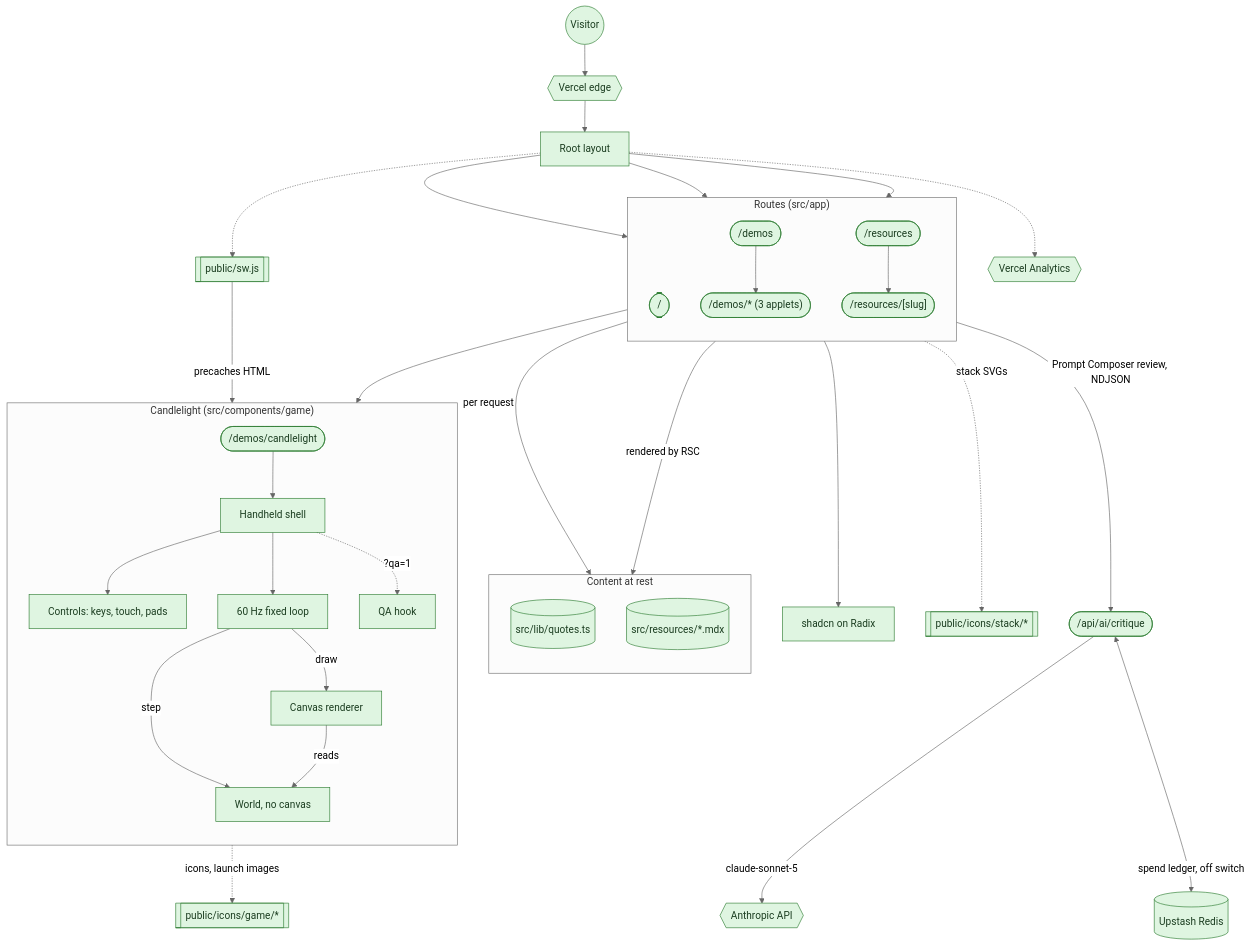
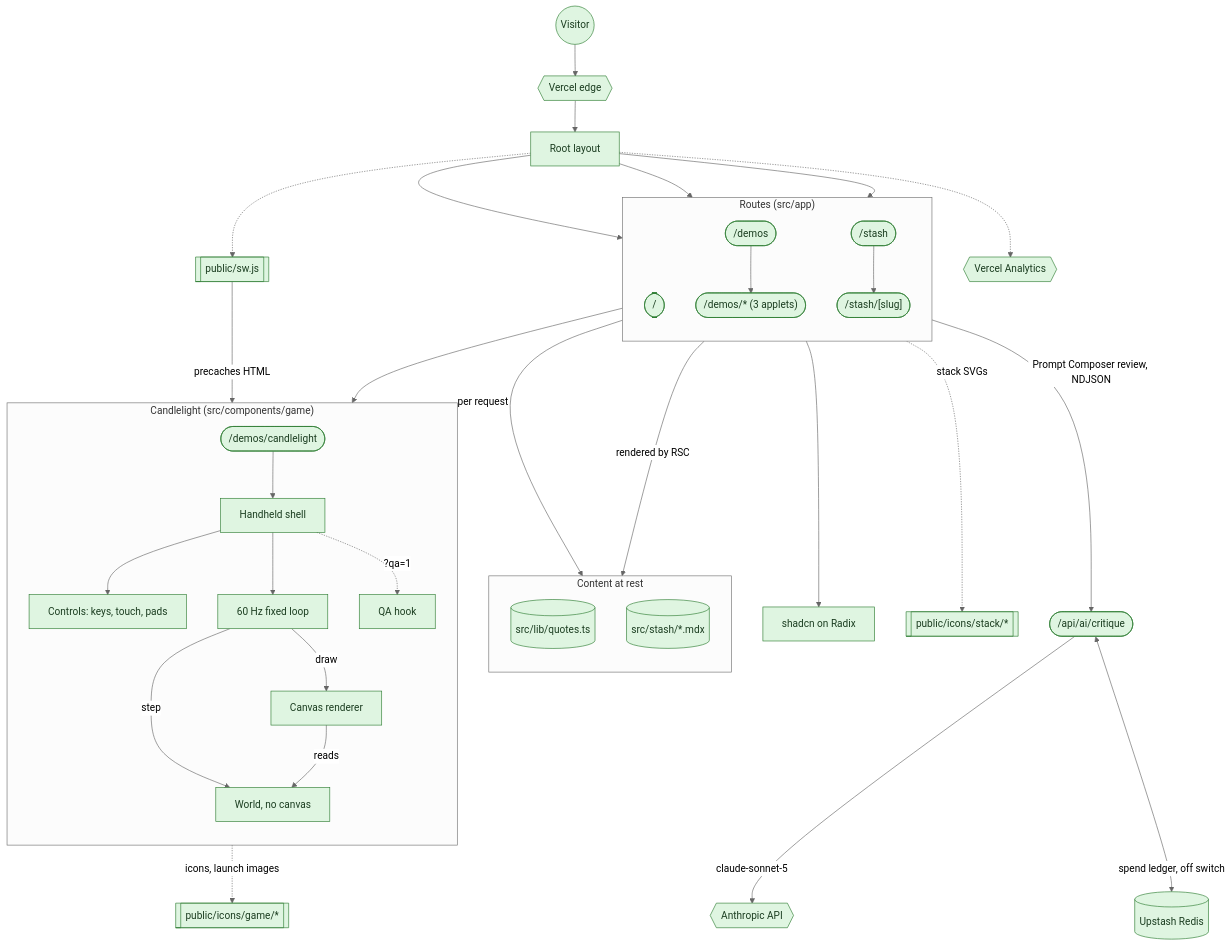
Before and after one commit to cooperability/cooperability.com: the first of 2 diagrams in README.md, drawn with Mermaid (neutral theme). The commit also changed other lines of this file and 70 other files, not shown here.

First line of the commit message:
feat(nav): rename Resources to Stash, icon page selector, sticky header, swipe (#359)

````diff
--- a/README.md
+++ b/README.md
@@ -15,70 +15,70 @@
 ```mermaid
 flowchart TB
   classDef built fill:#dff5e1,stroke:#2e7d32,color:#1b3d20
   classDef planned fill:#f2f2f2,stroke:#9e9e9e,color:#3d3d3d,stroke-dasharray:4 3
 
   visitor((Visitor)):::built
   edge{{"Vercel edge"}}:::built
   layout["Root layout"]:::built
 
   subgraph routes ["Routes (src/app)"]
     direction TB
     home(["/"]):::built
     demos(["/demos"]):::built
     applets(["/demos/* (3 applets)"]):::built
-    reslist(["/resources"]):::built
-    resdoc(["/resources/[slug]"]):::built
+    stashlist(["/stash"]):::built
+    stashdoc(["/stash/[slug]"]):::built
   end
 
   subgraph content ["Content at rest"]
     direction TB
     quotes[("src/lib/quotes.ts")]:::built
-    mdx[("src/resources/*.mdx")]:::built
+    mdx[("src/stash/*.mdx")]:::built
   end
 
   subgraph candle ["Candlelight (src/components/game)"]
     direction TB
     game(["/demos/candlelight"]):::built
     shell["Handheld shell"]:::built
     controls["Controls: keys, touch, pads"]:::built
     loop["60 Hz fixed loop"]:::built
     world["World, no canvas"]:::built
     renderer["Canvas renderer"]:::built
     qa["QA hook"]:::built
   end
   gameart[["public/icons/game/*"]]:::built
 
   ui["shadcn on Radix"]:::built
   sw[["public/sw.js"]]:::built
   icons[["public/icons/stack/*"]]:::built
   vitals{{"Vercel Analytics"}}:::built
   ai(["/api/ai/critique"]):::built
   anthropic{{"Anthropic API"}}:::built
   kv[("Upstash Redis")]:::built
 
   visitor --> edge --> layout
   layout --> home
   layout --> demos
-  layout --> reslist
+  layout --> stashlist
   demos --> applets
   demos --> game
   game --> shell
   shell --> controls
   shell --> loop
   loop -->|step| world
   loop -->|draw| renderer
   renderer -->|reads| world
   shell -.->|"?qa=1"| qa
   game -.->|"icons, launch images"| gameart
   sw -->|precaches HTML| game
-  reslist --> resdoc
+  stashlist --> stashdoc
   home -->|per request| quotes
-  resdoc -->|"rendered by RSC"| mdx
+  stashdoc -->|"rendered by RSC"| mdx
   applets --> ui
   demos -.->|"stack SVGs"| icons
   layout -.-> sw
   layout -.-> vitals
   applets -->|"Prompt Composer review, NDJSON"| ai
   ai -->|claude-sonnet-5| anthropic
   ai <-->|"spend ledger, off switch"| kv
 ```
````
